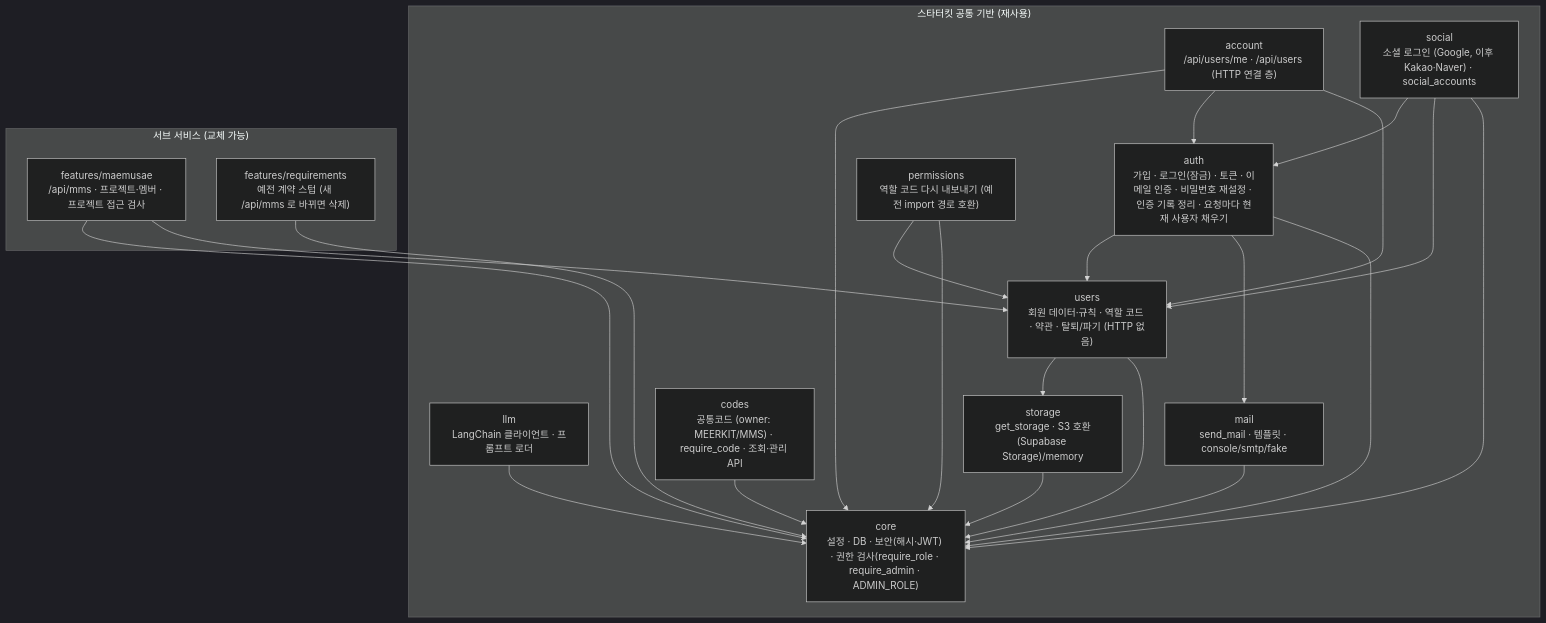
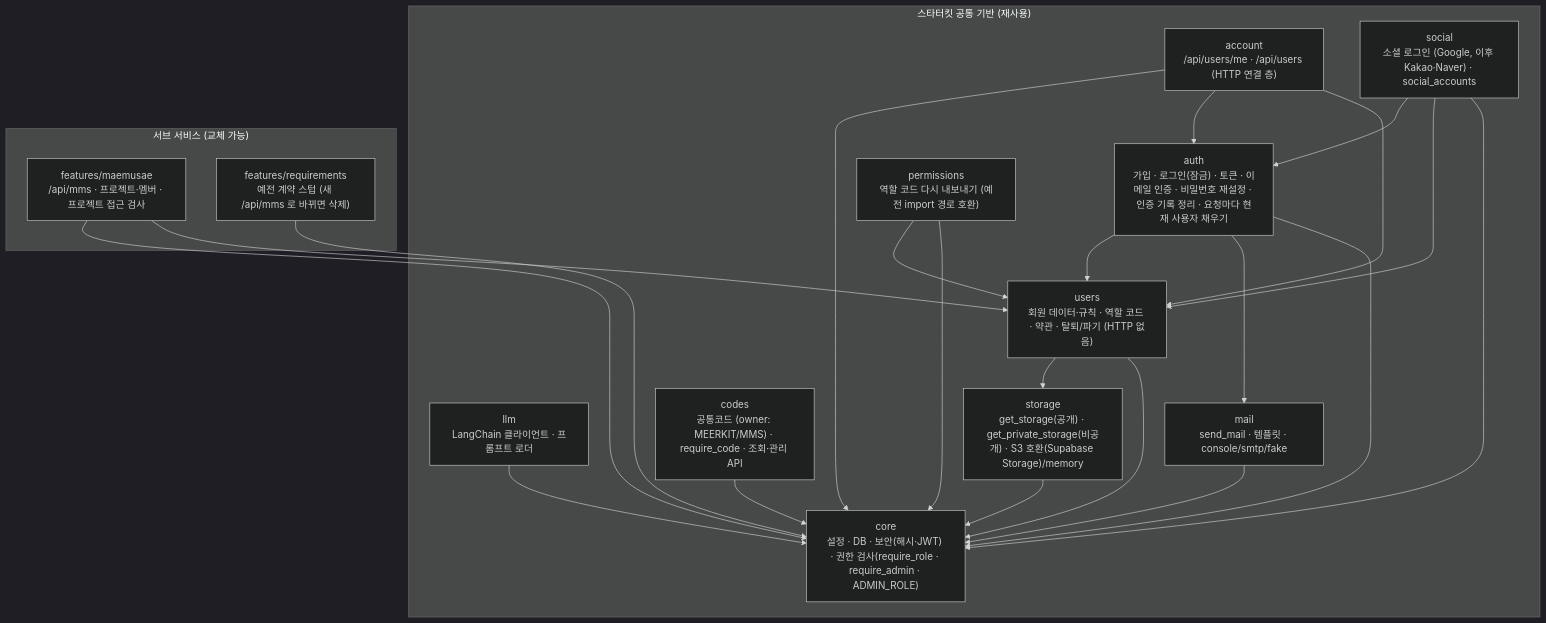
Before and after one commit to SNACKCUP/meerkit-snack: the diagram in docs/architecture.md, drawn with Mermaid (dark theme). The commit also changed other lines of this file and 12 other files, not shown here.

First line of the commit message:
feat(storage): 비공개 버킷 get_private_storage 추가

````diff
--- a/docs/architecture.md
+++ b/docs/architecture.md
@@ -14,39 +14,39 @@
 ```mermaid
 flowchart TB
     subgraph KIT["스타터킷 공통 기반 (재사용)"]
         core["core<br/>설정 · DB · 보안(해시·JWT) · 권한 검사(require_role · require_admin · ADMIN_ROLE)"]
         users["users<br/>회원 데이터·규칙 · 역할 코드 · 약관 · 탈퇴/파기 (HTTP 없음)"]
         auth["auth<br/>가입 · 로그인(잠금) · 토큰 · 이메일 인증 · 비밀번호 재설정 · 인증 기록 정리 · 요청마다 현재 사용자 채우기"]
         perm["permissions<br/>역할 코드 다시 내보내기 (예전 import 경로 호환)"]
         account["account<br/>/api/users/me · /api/users (HTTP 연결 층)"]
         social["social<br/>소셜 로그인 (Google, 이후 Kakao·Naver) · social_accounts"]
         llm["llm<br/>LangChain 클라이언트 · 프롬프트 로더"]
         mail["mail<br/>send_mail · 템플릿 · console/smtp/fake"]
-        storage["storage<br/>get_storage · S3 호환(Supabase Storage)/memory"]
+        storage["storage<br/>get_storage(공개) · get_private_storage(비공개) · S3 호환(Supabase Storage)/memory"]
         codes["codes<br/>공통코드 (owner: MEERKIT/MMS) · require_code · 조회·관리 API"]
     end
     subgraph FEAT["서브 서비스 (교체 가능)"]
         mms["features/maemusae<br/>/api/mms · 프로젝트·멤버 · 프로젝트 접근 검사"]
         req["features/requirements<br/>예전 계약 스텁 (새 /api/mms 로 바뀌면 삭제)"]
     end
     mms --> core
     mms --> users
     req --> core
     account --> core
     account --> auth
     account --> users
     social --> auth
     social --> users
     perm --> users
     auth --> users
     auth --> mail
     users --> storage
     users --> core
     auth --> core
     social --> core
     perm --> core
     mail --> core
     llm --> core
     storage --> core
     codes --> core
 ```
````
